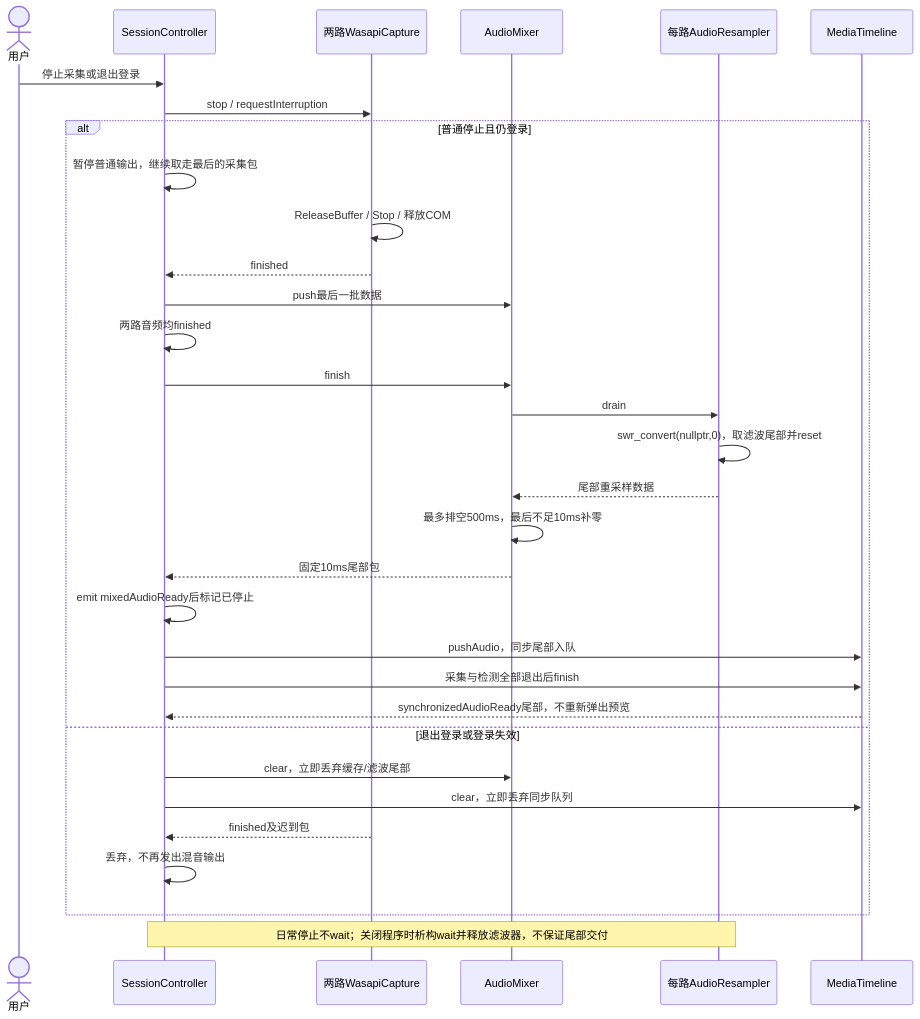
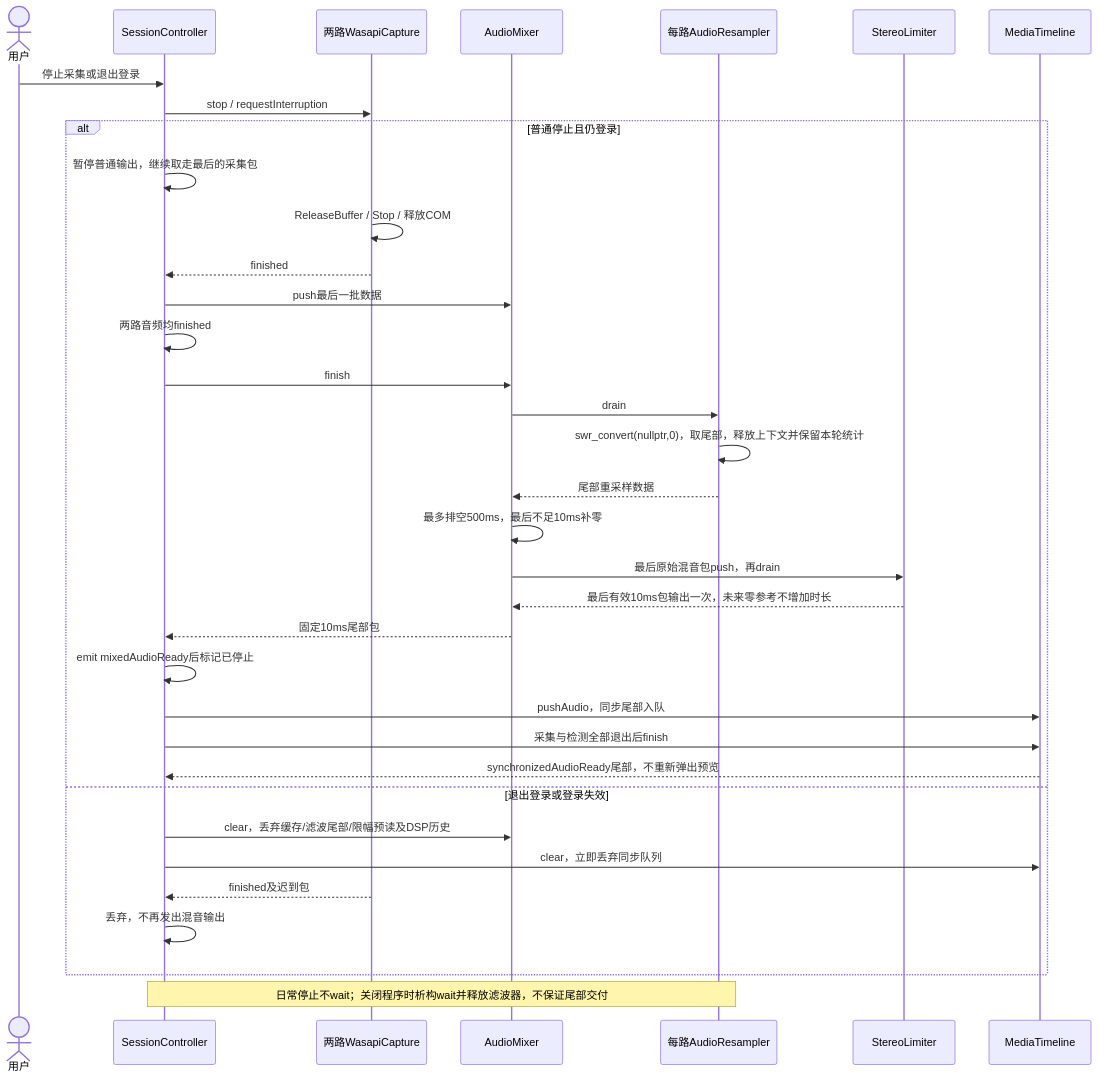
Before and after one commit to kingsman-svg/OBS: the diagram in docs/uml/audio-finish.mmd, drawn with Mermaid. The commit also changed 31 other files, not shown here.

```diff
--- a/docs/uml/audio-finish.mmd
+++ b/docs/uml/audio-finish.mmd
@@ -1,32 +1,35 @@
 sequenceDiagram
 actor U as 用户
 participant C as SessionController
 participant W as 两路WasapiCapture
 participant M as AudioMixer
 participant R as 每路AudioResampler
+participant L as StereoLimiter
 participant T as MediaTimeline
 U->>C: 停止采集或退出登录
 C->>W: stop / requestInterruption
 alt 普通停止且仍登录
 C->>C: 暂停普通输出，继续取走最后的采集包
 W->>W: ReleaseBuffer / Stop / 释放COM
 W-->>C: finished
 C->>M: push最后一批数据
 C->>C: 两路音频均finished
 C->>M: finish
 M->>R: drain
-R->>R: swr_convert(nullptr,0)，取滤波尾部并reset
+R->>R: swr_convert(nullptr,0)，取尾部，释放上下文并保留本轮统计
 R-->>M: 尾部重采样数据
 M->>M: 最多排空500ms，最后不足10ms补零
+M->>L: 最后原始混音包push，再drain
+L-->>M: 最后有效10ms包输出一次，未来零参考不增加时长
 M-->>C: 固定10ms尾部包
 C->>C: emit mixedAudioReady后标记已停止
 C->>T: pushAudio，同步尾部入队
 C->>T: 采集与检测全部退出后finish
 T-->>C: synchronizedAudioReady尾部，不重新弹出预览
 else 退出登录或登录失效
-C->>M: clear，立即丢弃缓存/滤波尾部
+C->>M: clear，丢弃缓存/滤波尾部/限幅预读及DSP历史
 C->>T: clear，立即丢弃同步队列
 W-->>C: finished及迟到包
 C->>C: 丢弃，不再发出混音输出
 end
 Note over C,R: 日常停止不wait；关闭程序时析构wait并释放滤波器，不保证尾部交付
```
